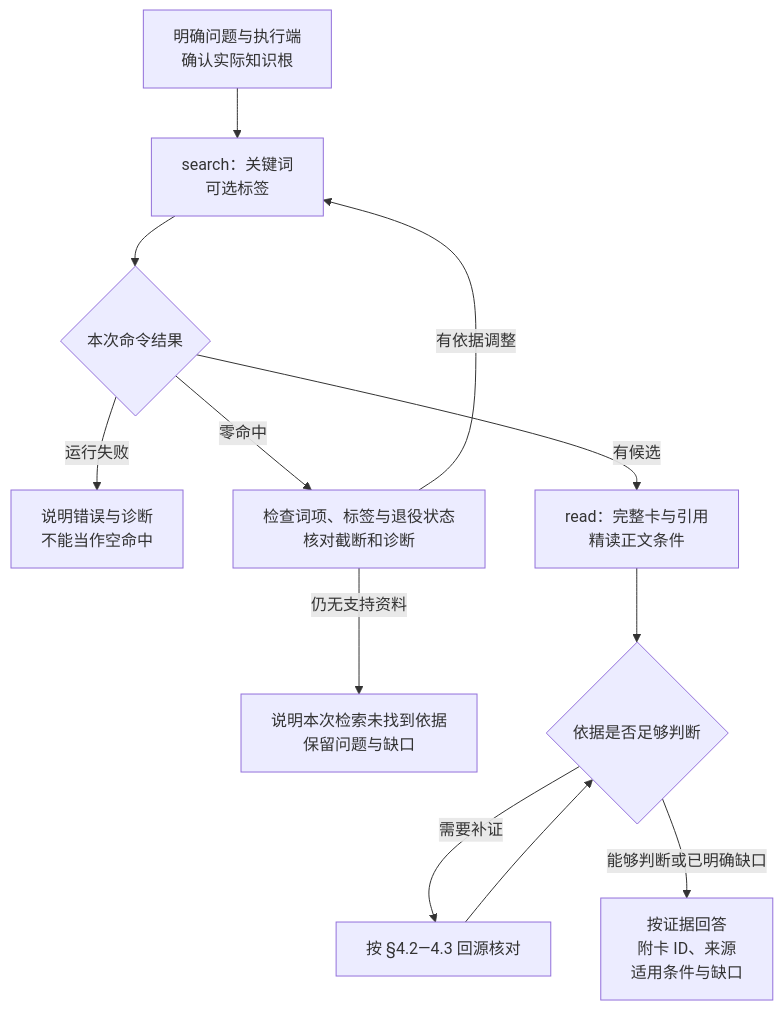
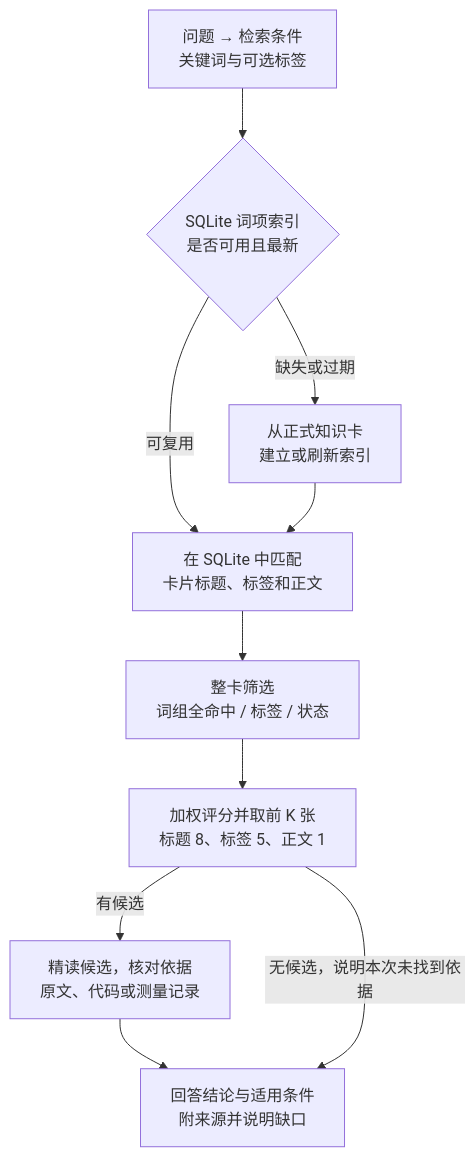
The third of 7 diagrams in himate/himate-knowledge-wifi-mp/docs-llm-wiki/知识库详细设计.md (Robin-hhc/FactumCore), drawn with Mermaid before and after one commit. The commit also changed other lines of this file, not shown here.

First line of the commit message:
docs: explain search and ingest with logical diagrams

````diff
--- a/himate/himate-knowledge-wifi-mp/docs-llm-wiki/知识库详细设计.md
+++ b/himate/himate-knowledge-wifi-mp/docs-llm-wiki/知识库详细设计.md
@@ -121,14 +119,12 @@
 ```mermaid
 flowchart TD
-    A["明确问题与执行端<br/>确认实际知识根"] --> B["search：关键词<br/>可选标签"]
-    B --> C{"本次命令结果"}
-    C -->|运行失败| E["说明错误与诊断<br/>不能当作空命中"]
-    C -->|零命中| D["检查词项、标签与退役状态<br/>核对截断和诊断"]
-    D -->|有依据调整| B
-    D -->|仍无支持资料| Z["说明本次检索未找到依据<br/>保留问题与缺口"]
-    C -->|有候选| R["read：完整卡与引用<br/>精读正文条件"]
-    R --> K{"依据是否足够判断"}
-    K -->|需要补证| S["按 §4.2—4.3 回源核对"]
-    S --> K
-    K -->|能够判断或已明确缺口| O["按证据回答<br/>附卡 ID、来源<br/>适用条件与缺口"]
+    A["问题 → 检索条件<br/>关键词与可选标签"] --> C{"SQLite 词项索引<br/>是否可用且最新"}
+    C -->|缺失或过期| D["从正式知识卡<br/>建立或刷新索引"]
+    C -->|可复用| E["在 SQLite 中匹配<br/>卡片标题、标签和正文"]
+    D --> E
+    E --> F["整卡筛选<br/>词组全命中 / 标签 / 状态"]
+    F --> G["加权评分并取前 K 张<br/>标题 8、标签 5、正文 1"]
+    G -->|有候选| H["精读候选，核对依据<br/>原文、代码或测量记录"]
+    H --> I["回答结论与适用条件<br/>附来源并说明缺口"]
+    G -->|无候选，说明本次未找到依据| I
 ```
````
